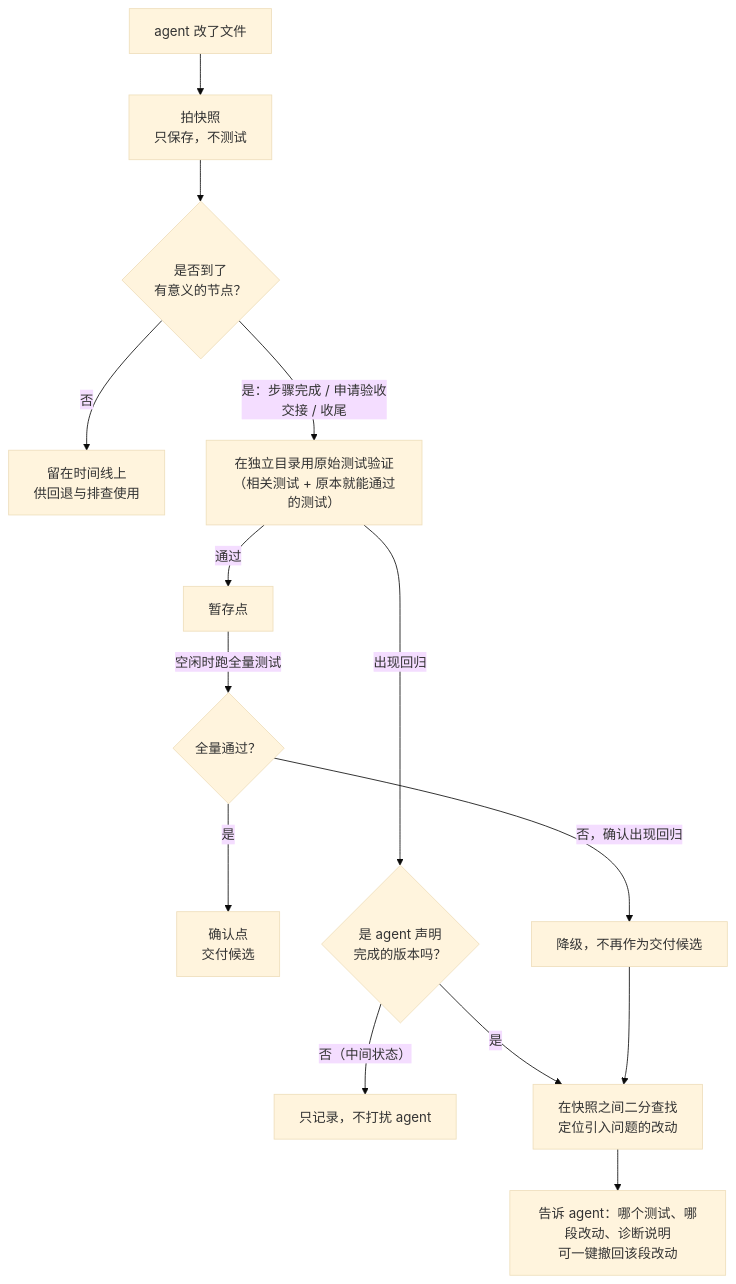
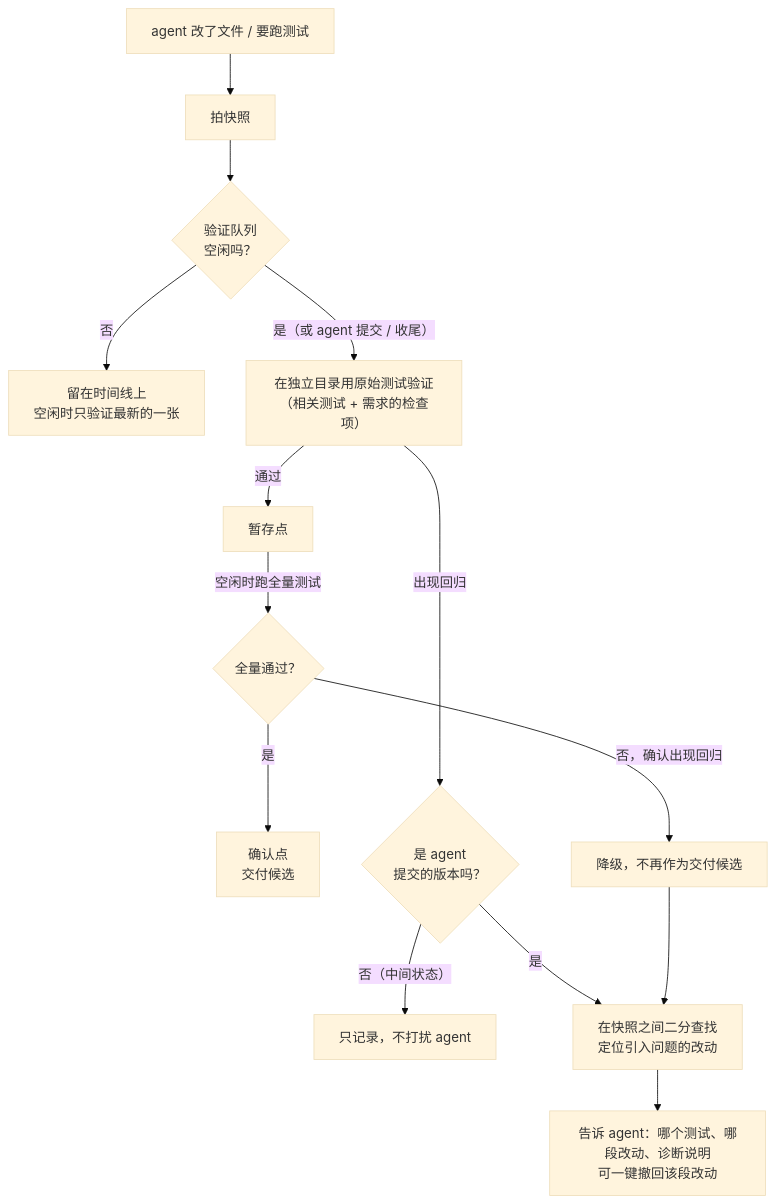
Before and after one commit to jyh21377063/belay: the second of 4 diagrams in README.md, drawn with Mermaid (base theme). The commit also changed other lines of this file and 43 other files, not shown here.

````diff
--- a/README.md
+++ b/README.md
@@ -77,16 +80,16 @@
 ```mermaid
 flowchart TD
-  A["agent 改了文件"] --> B["拍快照<br/>只保存，不测试"]
-  B --> C{"是否到了<br/>有意义的节点？"}
-  C -- "否" --> T["留在时间线上<br/>供回退与排查使用"]
-  C -- "是：步骤完成 / 申请验收<br/>交接 / 收尾" --> D["在独立目录用原始测试验证<br/>（相关测试 + 原本就能通过的测试）"]
+  A["agent 改了文件 / 要跑测试"] --> B["拍快照"]
+  B --> C{"验证队列<br/>空闲吗？"}
+  C -- "否" --> T["留在时间线上<br/>空闲时只验证最新的一张"]
+  C -- "是（或 agent 提交 / 收尾）" --> D["在独立目录用原始测试验证<br/>（相关测试 + 需求的检查项）"]
   D -- "通过" --> E["暂存点"]
   E -- "空闲时跑全量测试" --> F{"全量通过？"}
   F -- "是" --> G["确认点<br/>交付候选"]
   F -- "否，确认出现回归" --> H["降级，不再作为交付候选"]
-  D -- "出现回归" --> I{"是 agent 声明<br/>完成的版本吗？"}
+  D -- "出现回归" --> I{"是 agent<br/>提交的版本吗？"}
   I -- "否（中间状态）" --> J["只记录，不打扰 agent"]
   I -- "是" --> K["在快照之间二分查找<br/>定位引入问题的改动"]
   H --> K
   K --> L["告诉 agent：哪个测试、哪段改动、诊断说明<br/>可一键撤回该段改动"]
 ```
````
